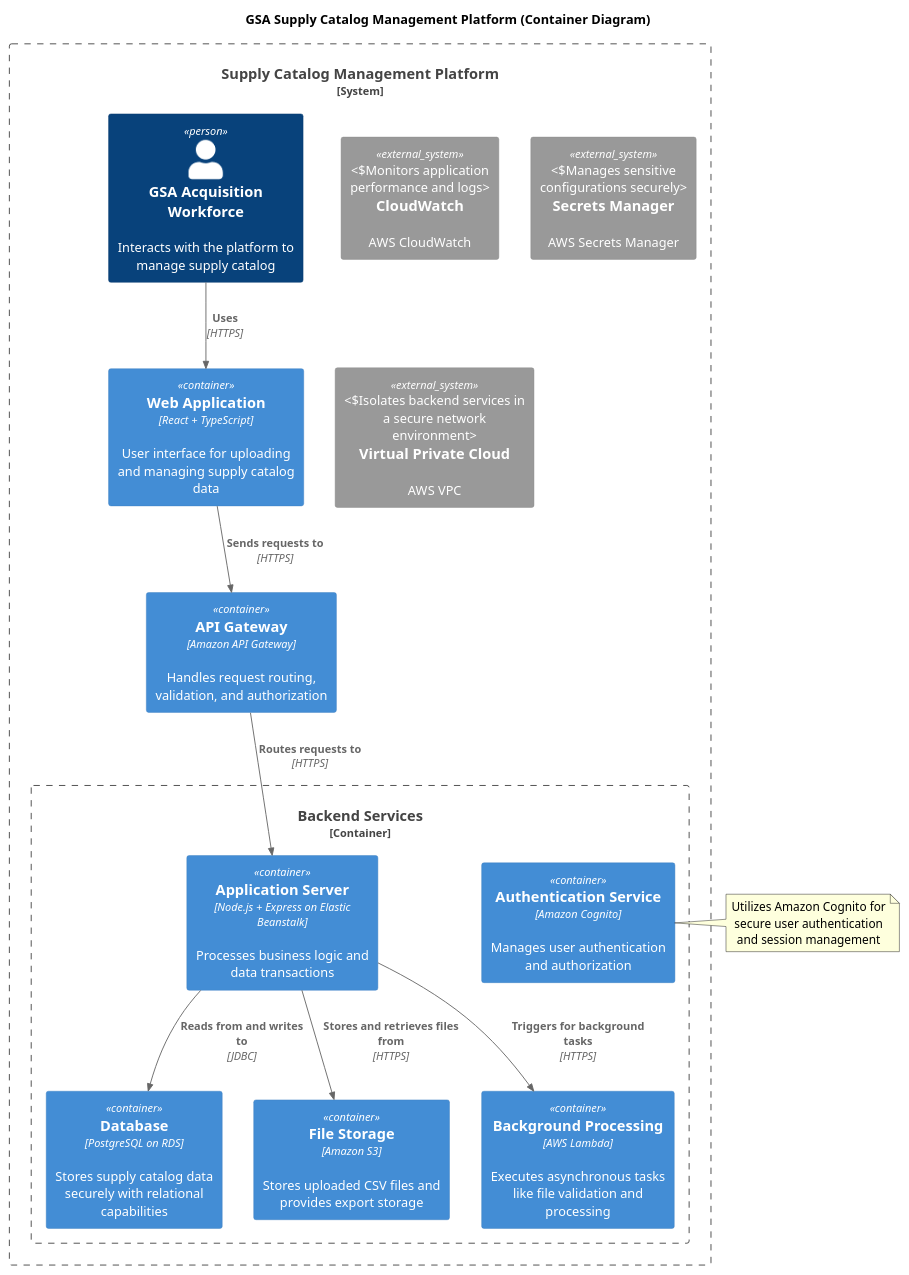
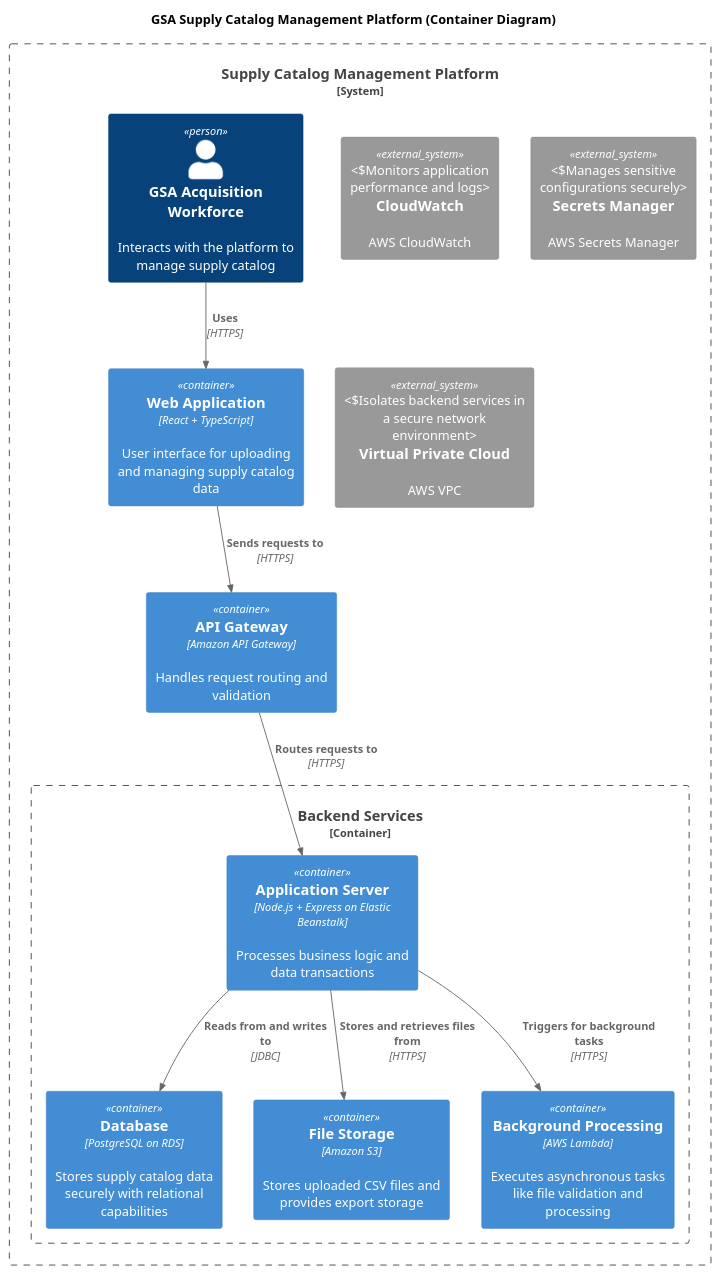
One commit to AathreyaG/reactai-starter changed the diagram in solution.md. Above: the diagram before and after it, drawn with PlantUML. The commit also changed other lines of this file, not shown here.

Commit message:
Update solution.md with follow-up response

````diff
--- a/solution.md
+++ b/solution.md
@@ -3,51 +3,43 @@
 ```plantuml
 @startuml
 !includeurl https://raw.githubusercontent.com/plantuml-stdlib/C4-PlantUML/master/C4_Container.puml
 
 ' Title
 title GSA Supply Catalog Management Platform (Container Diagram)
 
 ' Define the system
 System_Boundary(GSA_Boundary, "Supply Catalog Management Platform") {
 
     ' Users
     Person(user, "GSA Acquisition Workforce", "Interacts with the platform to manage supply catalog")
 
     ' Frontend Application
     Container(webApp, "Web Application", "React + TypeScript", "User interface for uploading and managing supply catalog data")
 
     ' API Gateway
-    Container(apiGateway, "API Gateway", "Amazon API Gateway", "Handles request routing, validation, and authorization")
+    Container(apiGateway, "API Gateway", "Amazon API Gateway", "Handles request routing and validation")
 
     ' Core Backend Services
     Container_Boundary(Backend, "Backend Services") {
         Container(appNode, "Application Server", "Node.js + Express on Elastic Beanstalk", "Processes business logic and data transactions")
-        Container(authService, "Authentication Service", "Amazon Cognito", "Manages user authentication and authorization")
         Container(database, "Database", "PostgreSQL on RDS", "Stores supply catalog data securely with relational capabilities")
         Container(fileStorage, "File Storage", "Amazon S3", "Stores uploaded CSV files and provides export storage")
         Container(lambda, "Background Processing", "AWS Lambda", "Executes asynchronous tasks like file validation and processing")
     }
 
     ' Monitoring and Security
     System_Ext(cloudwatch, "CloudWatch", "AWS CloudWatch", "Monitors application performance and logs")
     System_Ext(secretsManager, "Secrets Manager", "AWS Secrets Manager", "Manages sensitive configurations securely")
     System_Ext(vpc, "Virtual Private Cloud", "AWS VPC", "Isolates backend services in a secure network environment")
 
     ' Relationships and Flows
     Rel(user, webApp, "Uses", "HTTPS")
     Rel(webApp, apiGateway, "Sends requests to", "HTTPS")
     Rel(apiGateway, appNode, "Routes requests to", "HTTPS")
     Rel(appNode, database, "Reads from and writes to", "JDBC")
     Rel(appNode, fileStorage, "Stores and retrieves files from", "HTTPS")
     Rel(appNode, lambda, "Triggers for background tasks", "HTTPS")
 }
 
-' Notes
-note right of authService
-Utilizes Amazon Cognito for
-secure user authentication
-and session management
-end note
-
 @enduml
 ```
````
